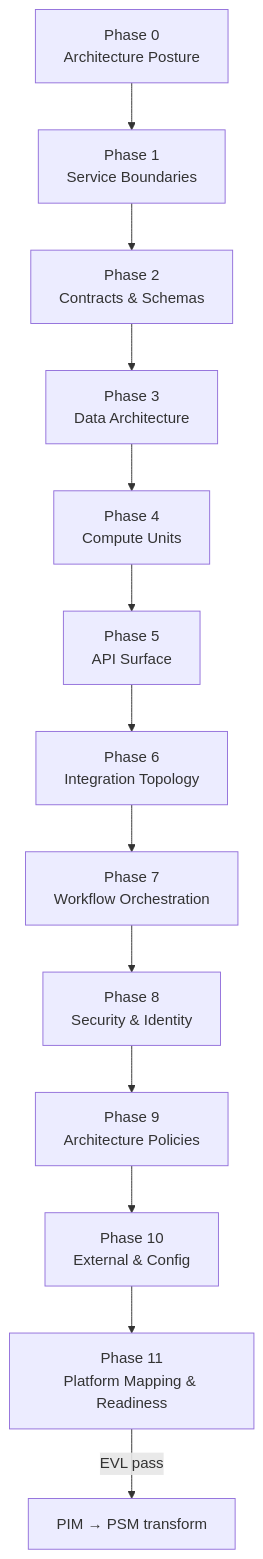
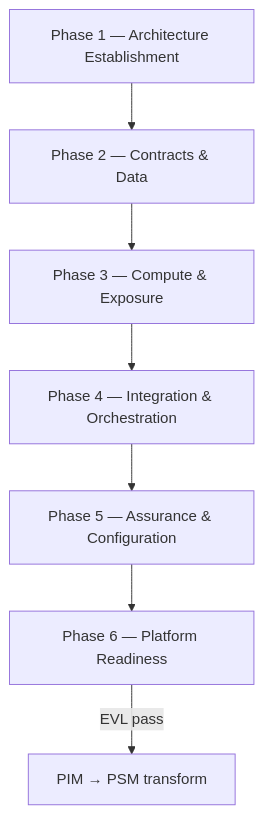
Before and after one commit to mehdieidi/modriss: the diagram in docs/public-docs/docs/guides/pim-modeling-methodology.md, drawn with Mermaid. The commit also changed other lines of this file and 65 other files, not shown here.

````diff
--- a/docs/public-docs/docs/guides/pim-modeling-methodology.md
+++ b/docs/public-docs/docs/guides/pim-modeling-methodology.md
@@ -19,19 +31,12 @@
 ```mermaid
 flowchart TD
-  P0["Phase 0<br/>Architecture Posture"]
-  P1["Phase 1<br/>Service Boundaries"]
-  P2["Phase 2<br/>Contracts & Schemas"]
-  P3["Phase 3<br/>Data Architecture"]
-  P4["Phase 4<br/>Compute Units"]
-  P5["Phase 5<br/>API Surface"]
-  P6["Phase 6<br/>Integration Topology"]
-  P7["Phase 7<br/>Workflow Orchestration"]
-  P8["Phase 8<br/>Security & Identity"]
-  P9["Phase 9<br/>Architecture Policies"]
-  P10["Phase 10<br/>External & Config"]
-  P11["Phase 11<br/>Platform Mapping & Readiness"]
+  PH1["Phase 1 — Architecture Establishment"]
+  PH2["Phase 2 — Contracts & Data"]
+  PH3["Phase 3 — Compute & Exposure"]
+  PH4["Phase 4 — Integration & Orchestration"]
+  PH5["Phase 5 — Assurance & Configuration"]
+  PH6["Phase 6 — Platform Readiness"]
 
-  P0 --> P1 --> P2 --> P3 --> P4 --> P5
-  P5 --> P6 --> P7 --> P8 --> P9 --> P10 --> P11
-  P11 -->|EVL pass| GATE["PIM → PSM transform"]
+  PH1 --> PH2 --> PH3 --> PH4 --> PH5 --> PH6
+  PH6 -->|EVL pass| GATE["PIM → PSM transform"]
 ```
````
